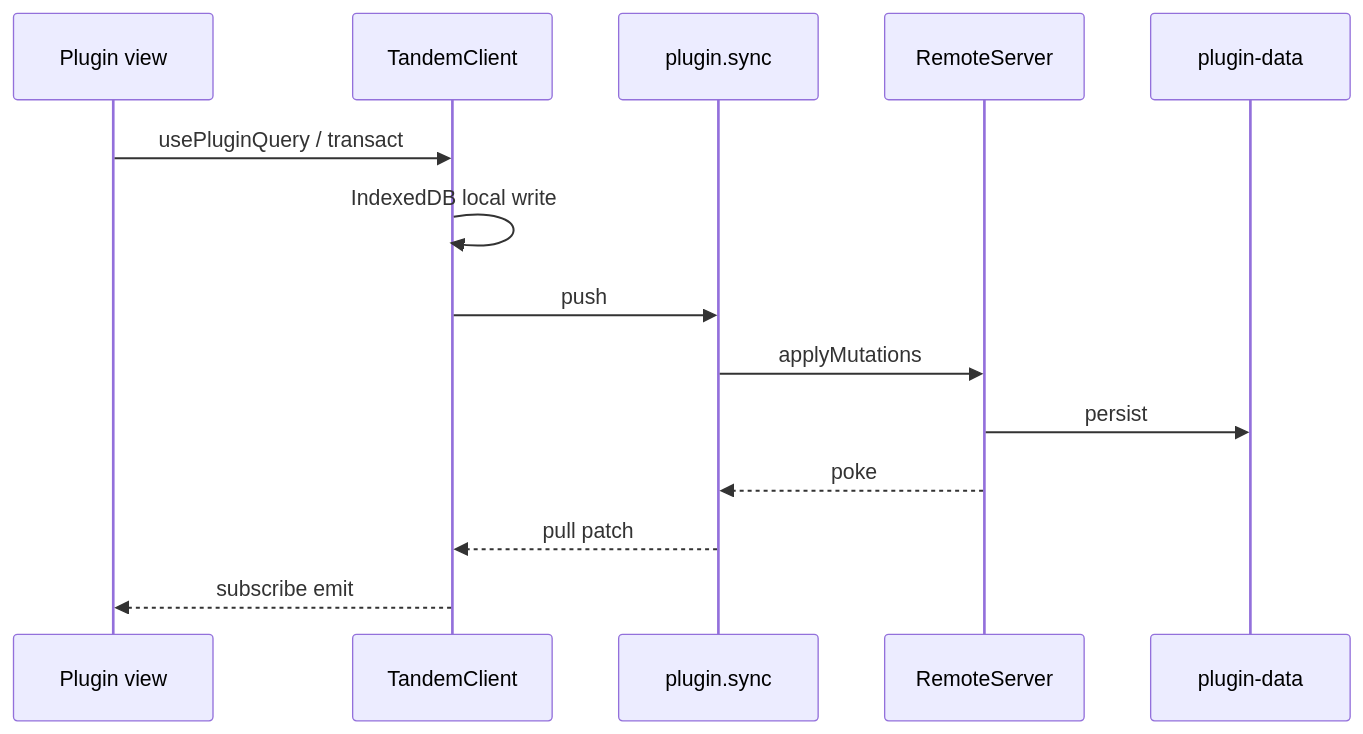
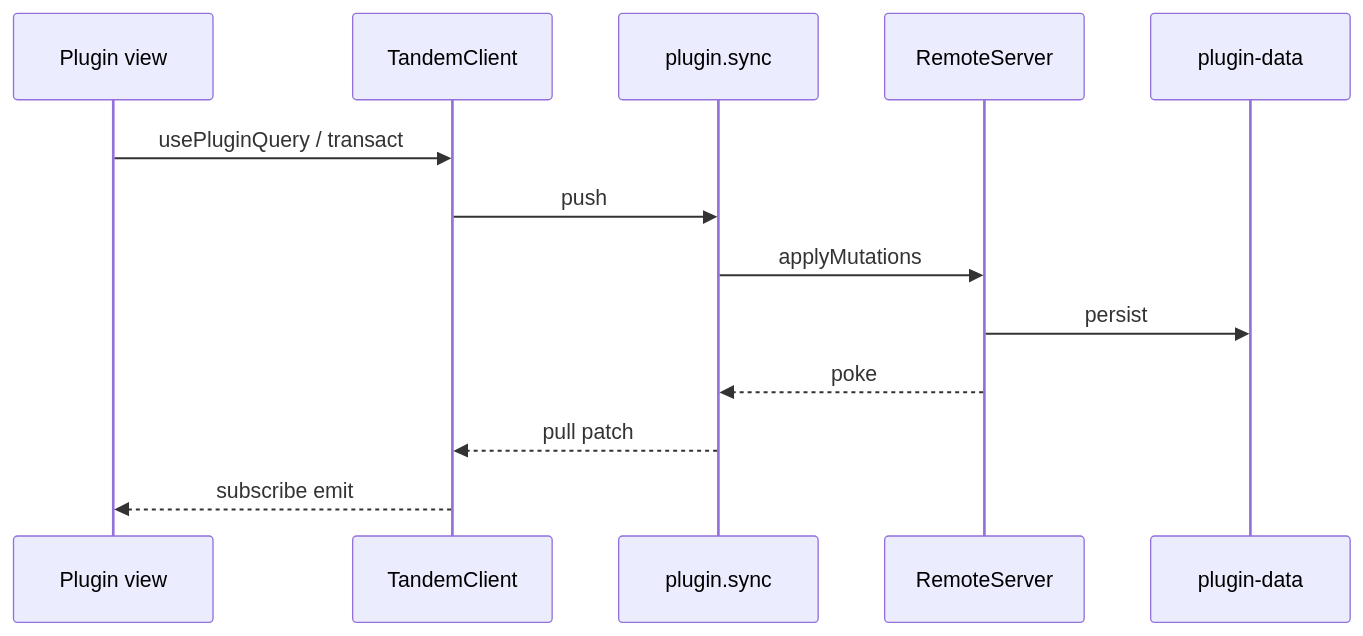
Before and after one commit to tanishqkancharla/halo-v2: the second of 2 diagrams in specs/plugin-storage.md, drawn with Mermaid. The commit also changed other lines of this file, not shown here.

First line of the commit message:
Drop renderer IndexedDB from the plugin storage spec.

````diff
--- a/specs/plugin-storage.md
+++ b/specs/plugin-storage.md
@@ -19,17 +19,16 @@
 ```mermaid
 sequenceDiagram
   participant View as Plugin view
   participant Client as TandemClient
   participant Rpc as plugin.sync
   participant Main as RemoteServer
   participant Disk as plugin-data
 
   View->>Client: usePluginQuery / transact
-  Client->>Client: IndexedDB local write
   Client->>Rpc: push
   Rpc->>Main: applyMutations
   Main->>Disk: persist
   Main-->>Rpc: poke
   Rpc-->>Client: pull patch
   Client-->>View: subscribe emit
 ```
````
